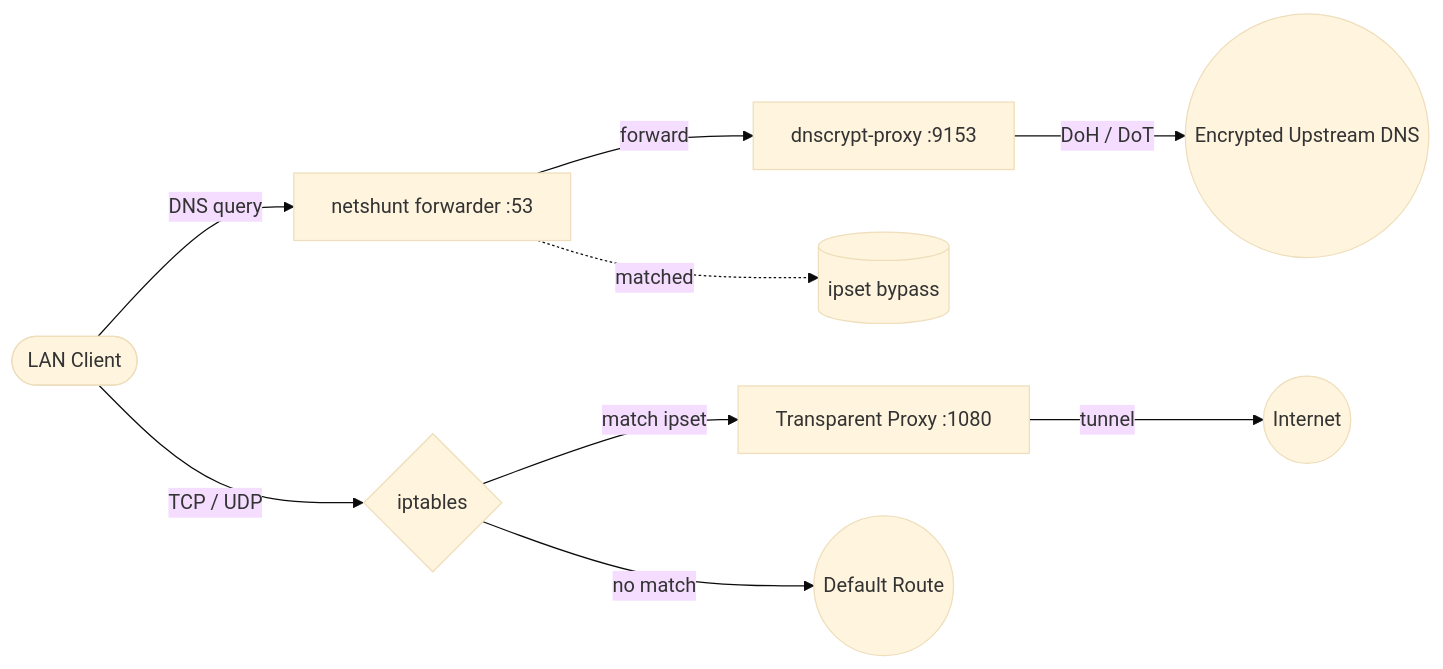
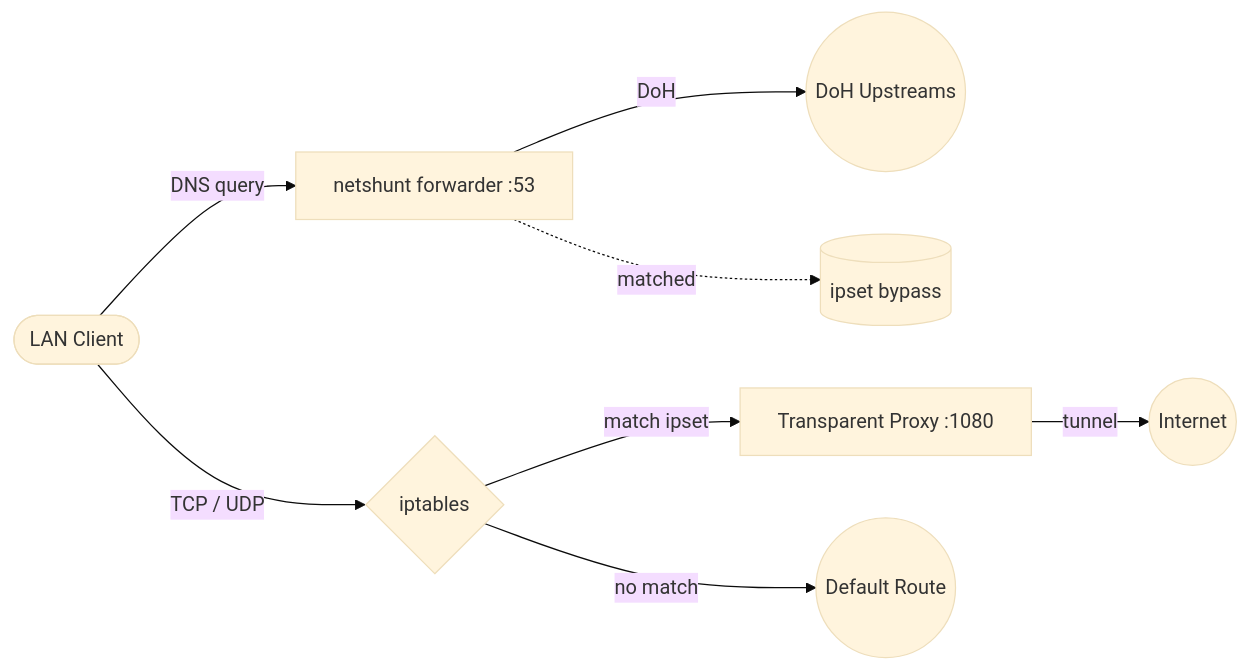
One commit to egorlepa/netshunt changed the diagram in README.md. Above: the diagram before and after it, drawn with Mermaid (base theme). The commit also changed other lines of this file and 10 other files, not shown here.

First line of the commit message:
refactor!: remove dnscrypt-proxy

````diff
--- a/README.md
+++ b/README.md
@@ -22,13 +22,12 @@
 ```mermaid
 flowchart LR
     Client([LAN Client])
     Client -->|DNS query| forwarder[netshunt forwarder :53]
-    forwarder -->|forward| dnscrypt[dnscrypt-proxy :9153]
-    dnscrypt -->|DoH / DoT| upstream((Encrypted Upstream DNS))
+    forwarder -->|DoH| upstream((DoH Upstreams))
     forwarder -.->|matched| ipset4[(ipset bypass)]
 
     Client -->|TCP / UDP| iptables{iptables}
     iptables -->|match ipset| proxy[Transparent Proxy :1080]
     iptables -->|no match| direct((Default Route))
     proxy -->|tunnel| internet((Internet))
 ```
````
